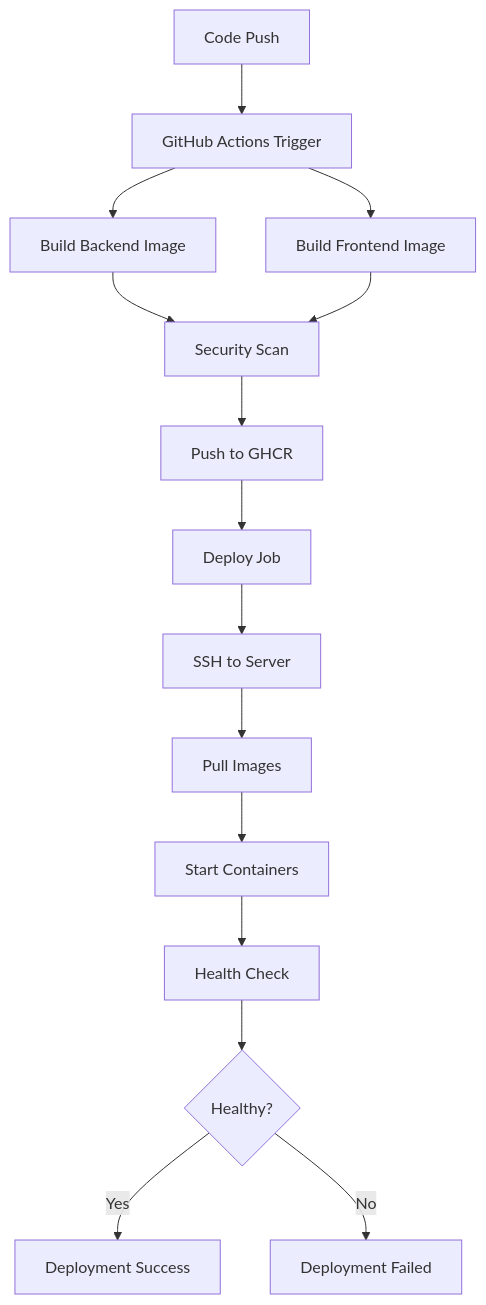
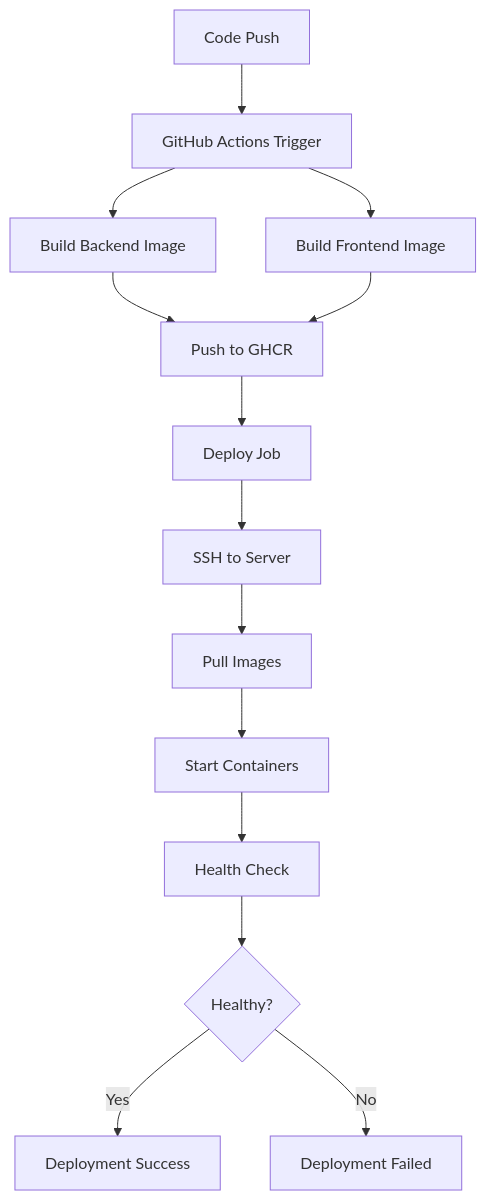
Before and after one commit to 4gh0rn/dev-blog: the fourth of 11 diagrams in docs/projects/conduit-deployment.md, drawn with Mermaid. The commit also changed other lines of this file, not shown here.

Commit message:
Update conduit-deployment documentation: modify pipeline stages to reflect changes in security scanning and deployment processes, add notes on recommended security practices, and enhance clarity in workflow diagrams.

````diff
--- a/docs/projects/conduit-deployment.md
+++ b/docs/projects/conduit-deployment.md
@@ -136,17 +136,16 @@
 ```mermaid
 flowchart TD
     A[Code Push] --> B[GitHub Actions Trigger]
     B --> C[Build Backend Image]
     B --> D[Build Frontend Image]
-    C --> E[Security Scan]
+    C --> E[Push to GHCR]
     D --> E
-    E --> F[Push to GHCR]
-    F --> G[Deploy Job]
-    G --> H[SSH to Server]
-    H --> I[Pull Images]
-    I --> J[Start Containers]
-    J --> K[Health Check]
-    K --> L{Healthy?}
-    L -->|Yes| M[Deployment Success]
-    L -->|No| N[Deployment Failed]
+    E --> F[Deploy Job]
+    F --> G[SSH to Server]
+    G --> H[Pull Images]
+    H --> I[Start Containers]
+    I --> J[Health Check]
+    J --> K{Healthy?}
+    K -->|Yes| L[Deployment Success]
+    K -->|No| M[Deployment Failed]
 ```
````
